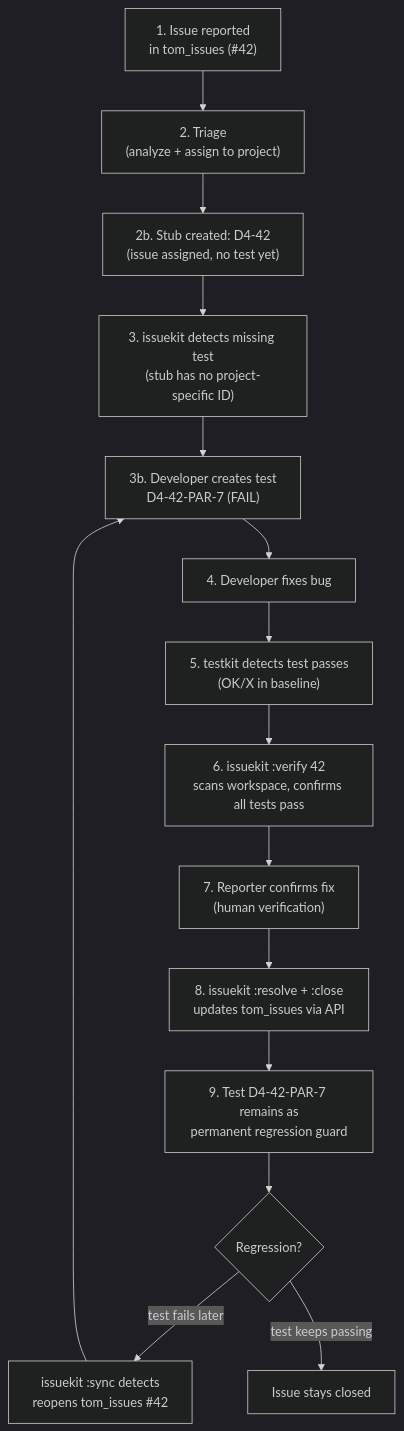
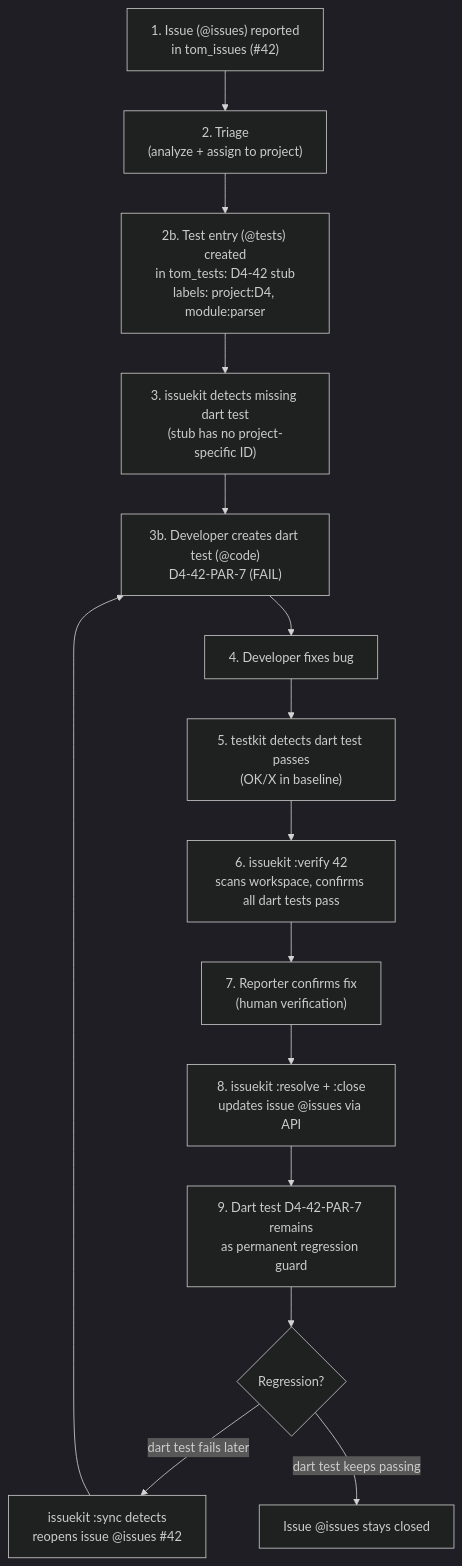
One commit to al-the-bear/tom_module_basics changed the fifth of 10 diagrams in tom_issue_kit/doc/issue_tracking.md. Above: the diagram before and after it, drawn with Mermaid (dark theme). The commit also changed other lines of this file and 1 other file, not shown here.

First line of the commit message:
docs: architectural redesign — two issue trackers, @issues/@tests/@code terminology, nightly backup

````diff
--- a/tom_issue_kit/doc/issue_tracking.md
+++ b/tom_issue_kit/doc/issue_tracking.md
@@ -402,17 +499,17 @@
 ```mermaid
 graph TB
-    A["1. Issue reported<br/>in tom_issues (#42)"] --> B["2. Triage<br/>(analyze + assign to project)"]
-    B --> B2["2b. Stub created: D4-42<br/>(issue assigned, no test yet)"]
-    B2 --> C["3. issuekit detects missing test<br/>(stub has no project-specific ID)"]
-    C --> C2["3b. Developer creates test<br/>D4-42-PAR-7 (FAIL)"]
+    A["1. Issue (@issues) reported<br/>in tom_issues (#42)"] --> B["2. Triage<br/>(analyze + assign to project)"]
+    B --> B2["2b. Test entry (@tests) created<br/>in tom_tests: D4-42 stub<br/>labels: project:D4, module:parser"]
+    B2 --> C["3. issuekit detects missing dart test<br/>(stub has no project-specific ID)"]
+    C --> C2["3b. Developer creates dart test (@code)<br/>D4-42-PAR-7 (FAIL)"]
     C2 --> D["4. Developer fixes bug"]
-    D --> E["5. testkit detects test passes<br/>(OK/X in baseline)"]
-    E --> F["6. issuekit :verify 42<br/>scans workspace, confirms all tests pass"]
+    D --> E["5. testkit detects dart test passes<br/>(OK/X in baseline)"]
+    E --> F["6. issuekit :verify 42<br/>scans workspace, confirms all dart tests pass"]
     F --> G["7. Reporter confirms fix<br/>(human verification)"]
-    G --> H["8. issuekit :resolve + :close<br/>updates tom_issues via API"]
-    H --> I["9. Test D4-42-PAR-7 remains as<br/>permanent regression guard"]
+    G --> H["8. issuekit :resolve + :close<br/>updates issue @issues via API"]
+    H --> I["9. Dart test D4-42-PAR-7 remains<br/>as permanent regression guard"]
     I --> J{"Regression?"}
-    J -->|"test fails later"| K["issuekit :sync detects<br/>reopens tom_issues #42"]
+    J -->|"dart test fails later"| K["issuekit :sync detects<br/>reopens issue @issues #42"]
     K --> C2
-    J -->|"test keeps passing"| L["Issue stays closed"]
+    J -->|"dart test keeps passing"| L["Issue @issues stays closed"]
 ```
````
